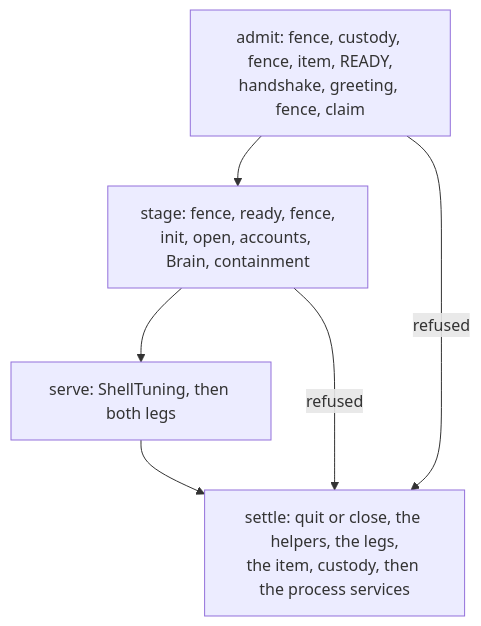
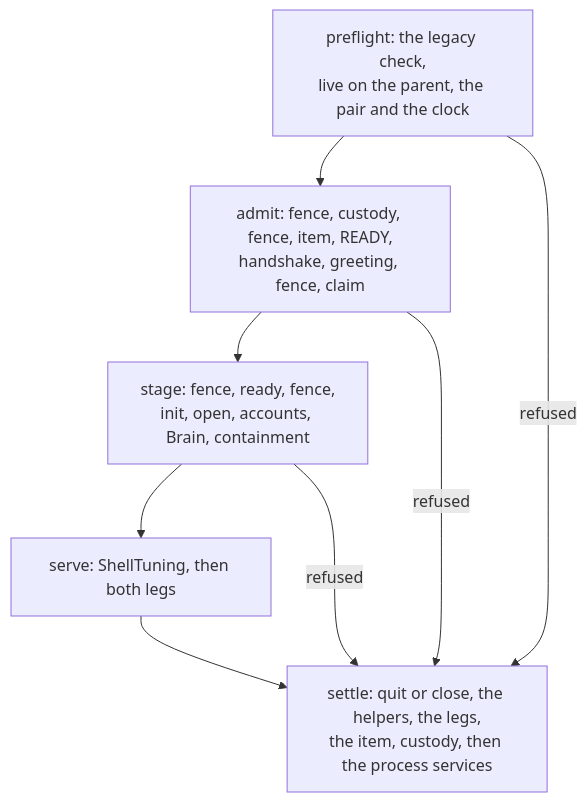
One commit to labcoder/capsula changed the third of 9 diagrams in docs/development/architecture.md. Above: the diagram before and after it, drawn with Mermaid. The commit also changed other lines of this file and 14 other files, not shown here.

````diff
--- a/docs/development/architecture.md
+++ b/docs/development/architecture.md
@@ -178,10 +188,12 @@
 ```mermaid
 flowchart TD
+  preflight["preflight: the legacy check,<br/>live on the parent, the pair and the clock"]
   admit["admit: fence, custody, fence, item, READY,<br/>handshake, greeting, fence, claim"]
   stage["stage: fence, ready, fence,<br/>init, open, accounts, Brain, containment"]
   serve["serve: ShellTuning, then both legs"]
   settle["settle: quit or close, the helpers, the legs,<br/>the item, custody, then the process services"]
-  admit --> stage --> serve --> settle
+  preflight --> admit --> stage --> serve --> settle
+  preflight -- refused --> settle
   admit -- refused --> settle
   stage -- refused --> settle
 ```
````
